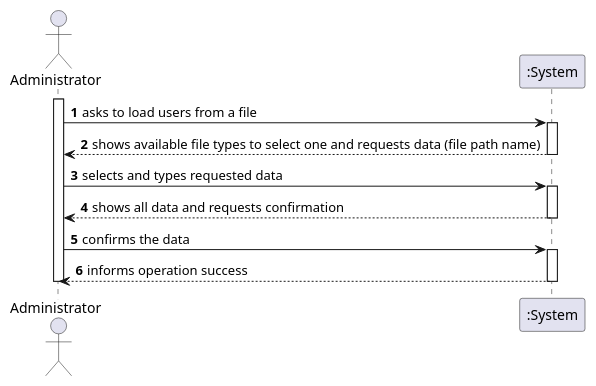
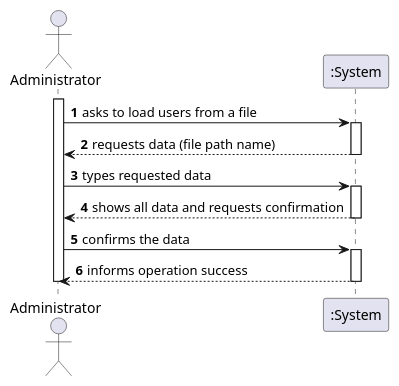
The diagram in docs/SprintC/US14/SSD/US14_SSD.puml (miseEnPlace-i/lapr2), drawn with PlantUML before and after one commit. The commit also changed 1 other file, not shown here.

Commit message:
fix(US14): removed selected data from SSD

```diff
--- a/docs/SprintC/US14/SSD/US14_SSD.puml
+++ b/docs/SprintC/US14/SSD/US14_SSD.puml
@@ -1,23 +1,23 @@
 @startuml
 autonumber
 actor "Administrator" as ADMIN
 
 activate ADMIN
 ADMIN -> ":System" : asks to load users from a file
 activate ":System"
-":System" --> ADMIN : shows available file types to select one and requests data (file path name)
+":System" --> ADMIN : requests data (file path name)
 deactivate ":System"
 
-ADMIN -> ":System" : selects and types requested data
+ADMIN -> ":System" : types requested data
 activate ":System"
 ":System" --> ADMIN : shows all data and requests confirmation
 deactivate ":System"
 
 ADMIN -> ":System" : confirms the data
 activate ":System"
 ":System" --> ADMIN : informs operation success
 deactivate ":System"
 
 deactivate ADMIN
 
 @enduml
```
